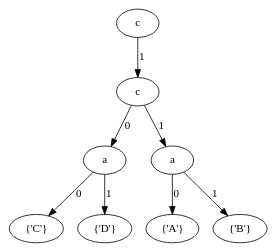
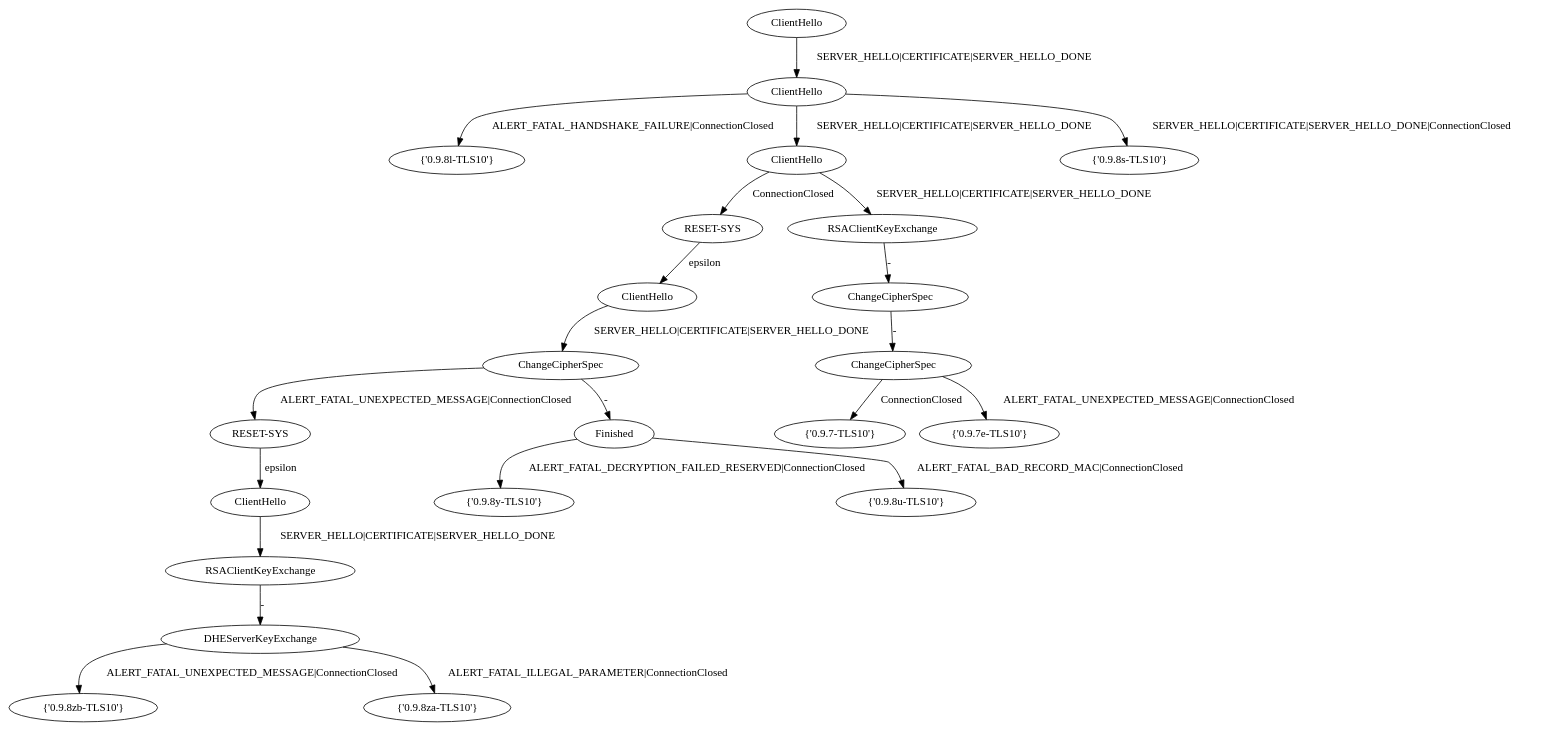
Before and after one commit to GianniM123/FFSM_fingerprint: the diagram in family-fingerprinter/CDS.dot, drawn with Graphviz. The commit also changed 3 other files, not shown here.

```diff
--- a/family-fingerprinter/CDS.dot
+++ b/family-fingerprinter/CDS.dot
@@ -1,25 +1,67 @@
 digraph "" {
 	node [label="\N"];
-	a0	[label=c];
-	a01	[label=c];
-	a0 -> a01	[key=0,
-		label=1];
-	a02	[label=a];
-	a01 -> a02	[key=0,
-		label=0];
-	a04	[label=a];
-	a01 -> a04	[key=0,
-		label=1];
-	a03	[label="{'C'}"];
-	a02 -> a03	[key=0,
-		label=0];
-	a06	[label="{'D'}"];
-	a02 -> a06	[key=0,
-		label=1];
-	a05	[label="{'A'}"];
-	a04 -> a05	[key=0,
-		label=0];
-	a07	[label="{'B'}"];
-	a04 -> a07	[key=0,
-		label=1];
+	a0	[label=ClientHello];
+	a2	[label=ClientHello];
+	a0 -> a2	[key=0,
+		label="SERVER_HELLO|CERTIFICATE|SERVER_HELLO_DONE"];
+	a5	[label="{'0.9.8l-TLS10'}"];
+	a2 -> a5	[key=0,
+		label="ALERT_FATAL_HANDSHAKE_FAILURE|ConnectionClosed"];
+	a6	[label=ClientHello];
+	a2 -> a6	[key=0,
+		label="SERVER_HELLO|CERTIFICATE|SERVER_HELLO_DONE"];
+	a7	[label="{'0.9.8s-TLS10'}"];
+	a2 -> a7	[key=0,
+		label="SERVER_HELLO|CERTIFICATE|SERVER_HELLO_DONE|ConnectionClosed"];
+	a16	[label="RESET-SYS"];
+	a6 -> a16	[key=0,
+		label=ConnectionClosed];
+	a17	[label=RSAClientKeyExchange];
+	a6 -> a17	[key=0,
+		label="SERVER_HELLO|CERTIFICATE|SERVER_HELLO_DONE"];
+	a4	[label="RESET-SYS"];
+	a13	[label=ClientHello];
+	a4 -> a13	[key=0,
+		label=epsilon];
+	a12	[label="{'0.9.8y-TLS10'}"];
+	a22	[label="{'0.9.8zb-TLS10'}"];
+	a40	[label="{'0.9.7-TLS10'}"];
+	a26	[label=RSAClientKeyExchange];
+	a13 -> a26	[key=0,
+		label="SERVER_HELLO|CERTIFICATE|SERVER_HELLO_DONE"];
+	a46	[label=DHEServerKeyExchange];
+	a26 -> a46	[key=0,
+		label="-"];
+	a70	[label="{'0.9.8za-TLS10'}"];
+	a46 -> a22	[key=0,
+		label="ALERT_FATAL_UNEXPECTED_MESSAGE|ConnectionClosed"];
+	a46 -> a70	[key=0,
+		label="ALERT_FATAL_ILLEGAL_PARAMETER|ConnectionClosed"];
+	a30	[label=ClientHello];
+	a16 -> a30	[key=0,
+		label=epsilon];
+	a34	[label=ChangeCipherSpec];
+	a17 -> a34	[key=0,
+		label="-"];
+	a53	[label=ChangeCipherSpec];
+	a34 -> a53	[key=0,
+		label="-"];
+	a53 -> a40	[key=2,
+		label=ConnectionClosed];
+	a80	[label="{'0.9.7e-TLS10'}"];
+	a53 -> a80	[key=2,
+		label="ALERT_FATAL_UNEXPECTED_MESSAGE|ConnectionClosed"];
+	a95	[label="{'0.9.8u-TLS10'}"];
+	a50	[label=ChangeCipherSpec];
+	a30 -> a50	[key=0,
+		label="SERVER_HELLO|CERTIFICATE|SERVER_HELLO_DONE"];
+	a50 -> a4	[key=0,
+		label="ALERT_FATAL_UNEXPECTED_MESSAGE|ConnectionClosed"];
+	a75	[label=Finished];
+	a50 -> a75	[key=0,
+		label="-"];
+	a75 -> a12	[key=0,
+		label="ALERT_FATAL_DECRYPTION_FAILED_RESERVED|ConnectionClosed"];
+	a75 -> a95	[key=0,
+		label="ALERT_FATAL_BAD_RECORD_MAC|ConnectionClosed"];
 }
```
